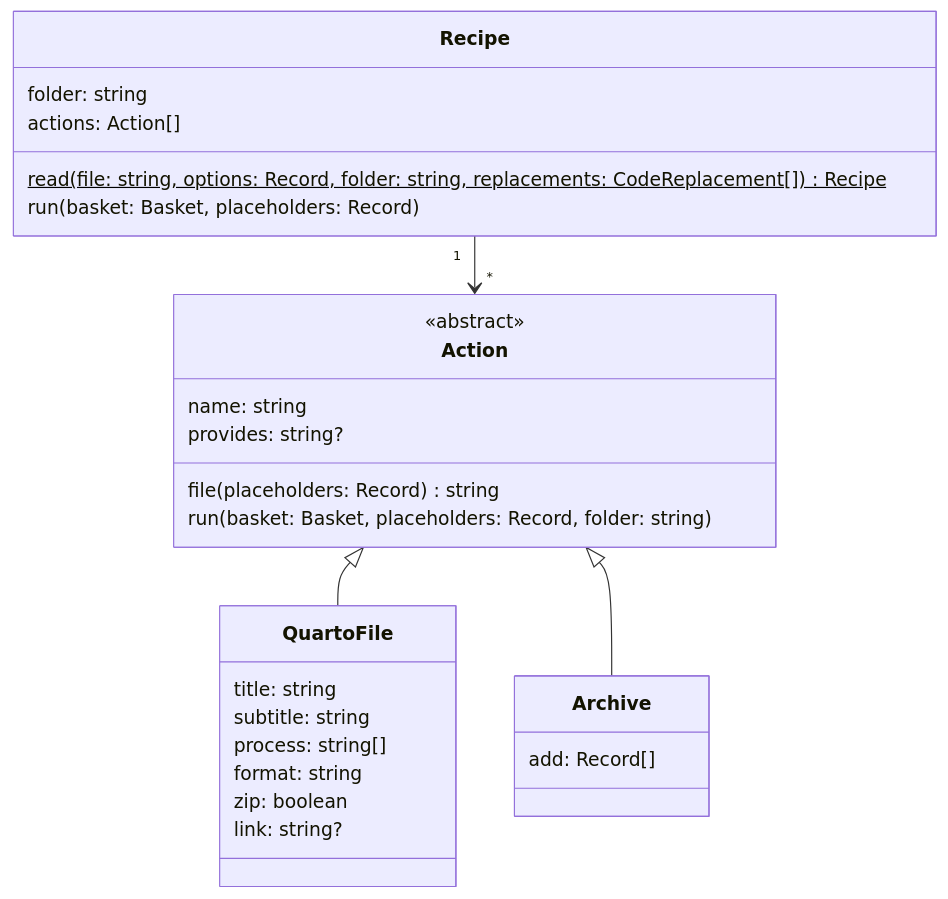
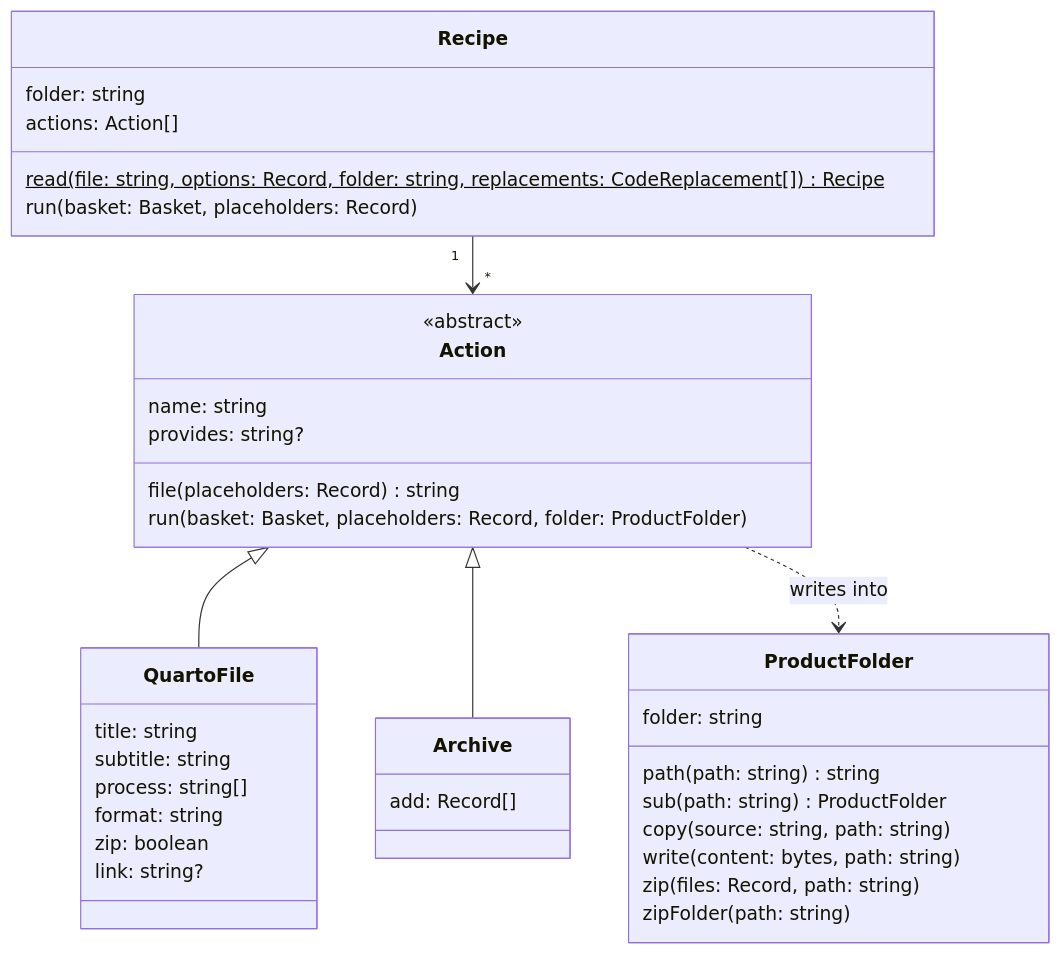
Before and after one commit to matthiasbaitsch/quarto-loi-moi: the fifth of 6 diagrams in DESIGN.md, drawn with Mermaid. The commit also changed other lines of this file and 6 other files, not shown here.

Commit message:
ProductFolder: all writing into the folder of a product, checked for clashes

````diff
--- a/DESIGN.md
+++ b/DESIGN.md
@@ -240,31 +240,41 @@
 ```mermaid
 classDiagram
   direction TD
   Recipe "1" --> "*" Action
   Action <|-- QuartoFile
   Action <|-- Archive
+  Action ..> ProductFolder : writes into
   class Recipe {
     folder: string
     actions: Action[]
     read(file: string, options: Record, folder: string, replacements: CodeReplacement[])$ Recipe
     run(basket: Basket, placeholders: Record)
   }
   class Action {
     <<abstract>>
     name: string
     provides: string?
     file(placeholders: Record) string
-    run(basket: Basket, placeholders: Record, folder: string)
+    run(basket: Basket, placeholders: Record, folder: ProductFolder)
   }
   class QuartoFile {
     title: string
     subtitle: string
     process: string[]
     format: string
     zip: boolean
     link: string?
   }
   class Archive {
     add: Record[]
   }
+  class ProductFolder {
+    folder: string
+    path(path: string) string
+    sub(path: string) ProductFolder
+    copy(source: string, path: string)
+    write(content: bytes, path: string)
+    zip(files: Record, path: string)
+    zipFolder(path: string)
+  }
 ```
````
